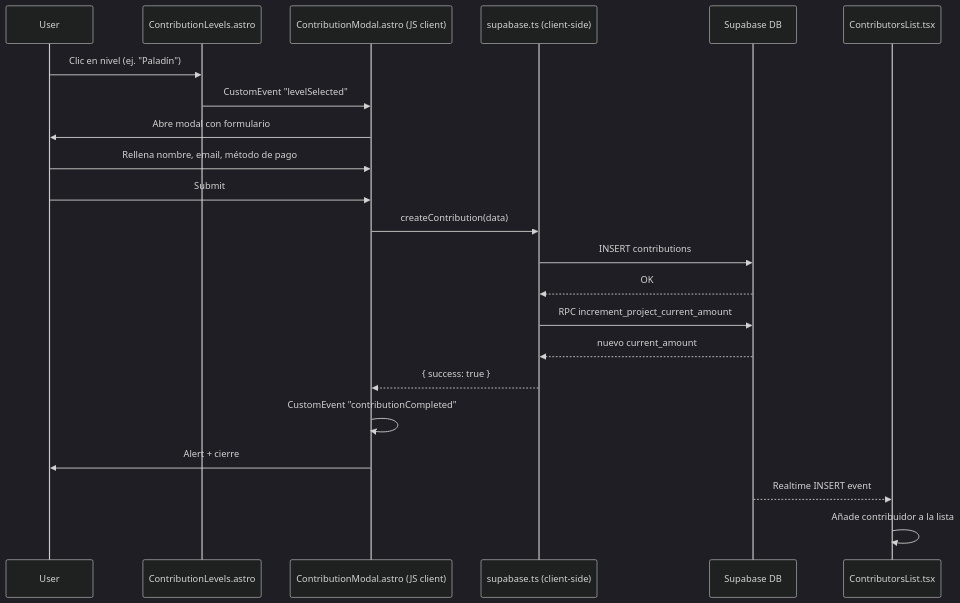
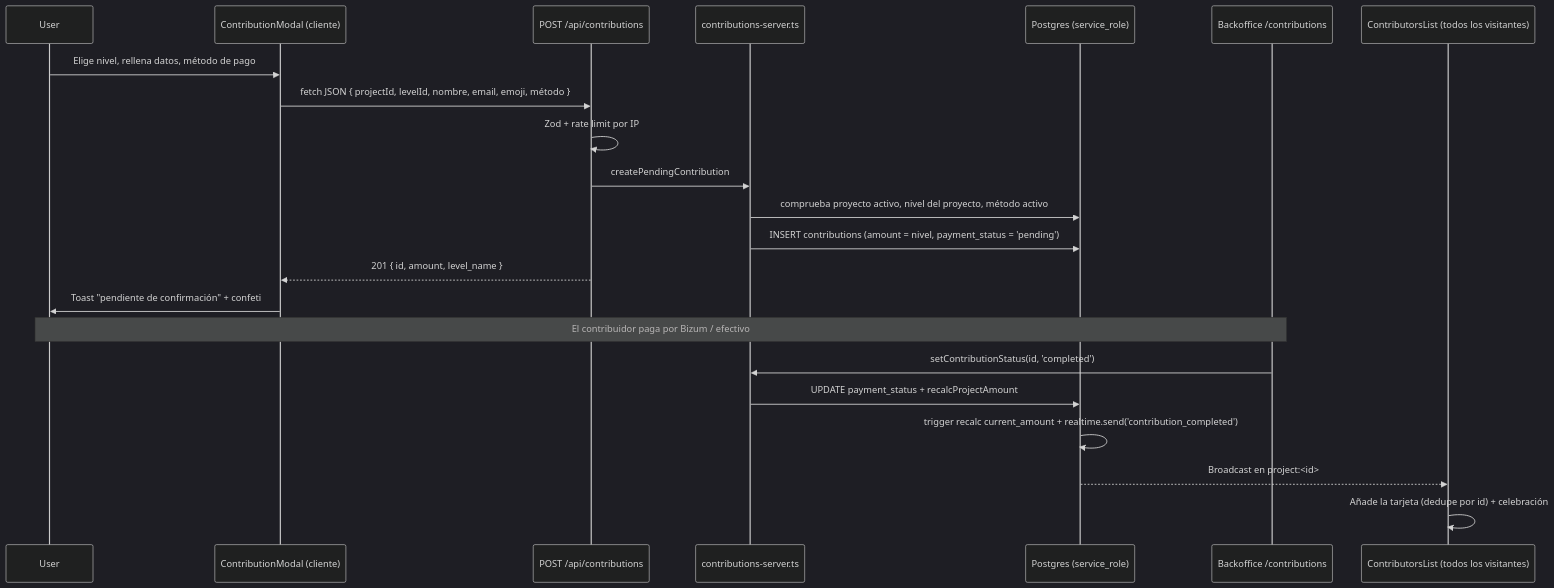
The third of 5 diagrams in docs/ARCHITECTURE.md (GallardoNr1/gallardo-crowdfunding), drawn with Mermaid (dark theme) before and after one commit. The commit also changed other lines of this file and 10 other files, not shown here.

````diff
--- a/docs/ARCHITECTURE.md
+++ b/docs/ARCHITECTURE.md
@@ -111,25 +135,25 @@
 ```mermaid
 sequenceDiagram
     participant User
-    participant ContribLevels as ContributionLevels.astro
-    participant Modal as ContributionModal.astro (JS client)
-    participant SupabaseLib as supabase.ts (client-side)
-    participant DB as Supabase DB
-    participant ContribList as ContributorsList.tsx
+    participant Modal as ContributionModal (cliente)
+    participant Api as POST /api/contributions
+    participant Srv as contributions-server.ts
+    participant DB as Postgres (service_role)
+    participant Admin as Backoffice /contributions
+    participant Viewers as ContributorsList (todos los visitantes)
 
-    User->>ContribLevels: Clic en nivel (ej. "Paladín")
-    ContribLevels->>Modal: CustomEvent "levelSelected"
-    Modal->>User: Abre modal con formulario
-    User->>Modal: Rellena nombre, email, método de pago
-    User->>Modal: Submit
-    Modal->>SupabaseLib: createContribution(data)
-    SupabaseLib->>DB: INSERT contributions
-    DB-->>SupabaseLib: OK
-    SupabaseLib->>DB: RPC increment_project_current_amount
-    DB-->>SupabaseLib: nuevo current_amount
-    SupabaseLib-->>Modal: { success: true }
-    Modal->>Modal: CustomEvent "contributionCompleted"
-    Modal->>User: Alert + cierre
-    DB-->>ContribList: Realtime INSERT event
-    ContribList->>ContribList: Añade contribuidor a la lista
+    User->>Modal: Elige nivel, rellena datos, método de pago
+    Modal->>Api: fetch JSON { projectId, levelId, nombre, email, emoji, método }
+    Api->>Api: Zod + rate limit por IP
+    Api->>Srv: createPendingContribution
+    Srv->>DB: comprueba proyecto activo, nivel del proyecto, método activo
+    Srv->>DB: INSERT contributions (amount = nivel, payment_status = 'pending')
+    Api-->>Modal: 201 { id, amount, level_name }
+    Modal->>User: Toast "pendiente de confirmación" + confeti
+    Note over User,Admin: El contribuidor paga por Bizum / efectivo
+    Admin->>Srv: setContributionStatus(id, 'completed')
+    Srv->>DB: UPDATE payment_status + recalcProjectAmount
+    DB->>DB: trigger recalc current_amount + realtime.send('contribution_completed')
+    DB-->>Viewers: Broadcast en project:<id>
+    Viewers->>Viewers: Añade la tarjeta (dedupe por id) + celebración
 ```
````
